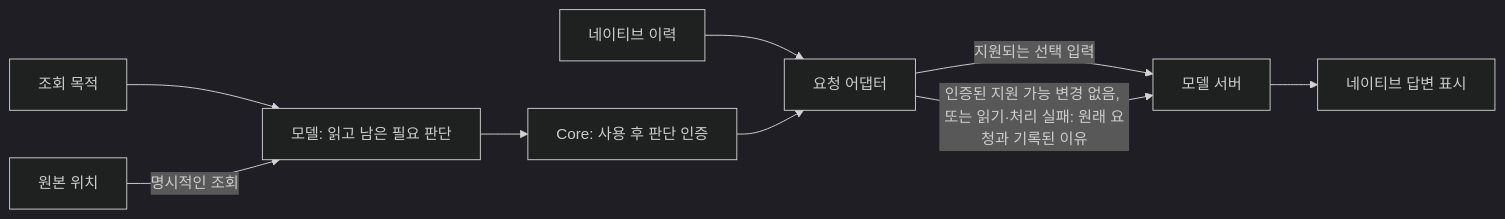
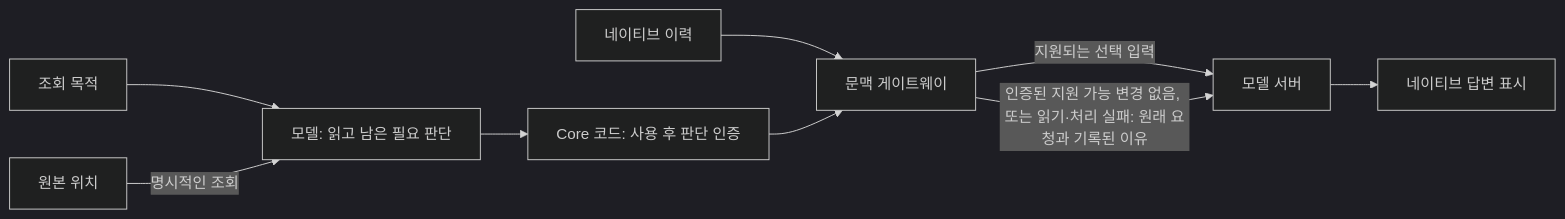
The fifth of 5 diagrams in architecture_ko.md (AidALL/ghost-alice), drawn with Mermaid (dark theme) before and after one commit. The commit also changed other lines of this file and 40 other files, not shown here.

````diff
--- a/architecture_ko.md
+++ b/architecture_ko.md
@@ -73,11 +106,11 @@
 ```mermaid
 flowchart LR
   P["조회 목적"] --> M["모델: 읽고 남은 필요 판단"]
-  M --> C["Core: 사용 후 판단 인증"]
-  H["네이티브 이력"] --> A["요청 어댑터"]
+  M --> C["Core 코드: 사용 후 판단 인증"]
+  H["네이티브 이력"] --> A["문맥 게이트웨이"]
   C --> A
   A -->|지원되는 선택 입력| S["모델 서버"]
   A -->|인증된 지원 가능 변경 없음, 또는 읽기·처리 실패: 원래 요청과 기록된 이유| S
   S --> D["네이티브 답변 표시"]
   O["원본 위치"] -->|명시적인 조회| M
 ```
````
